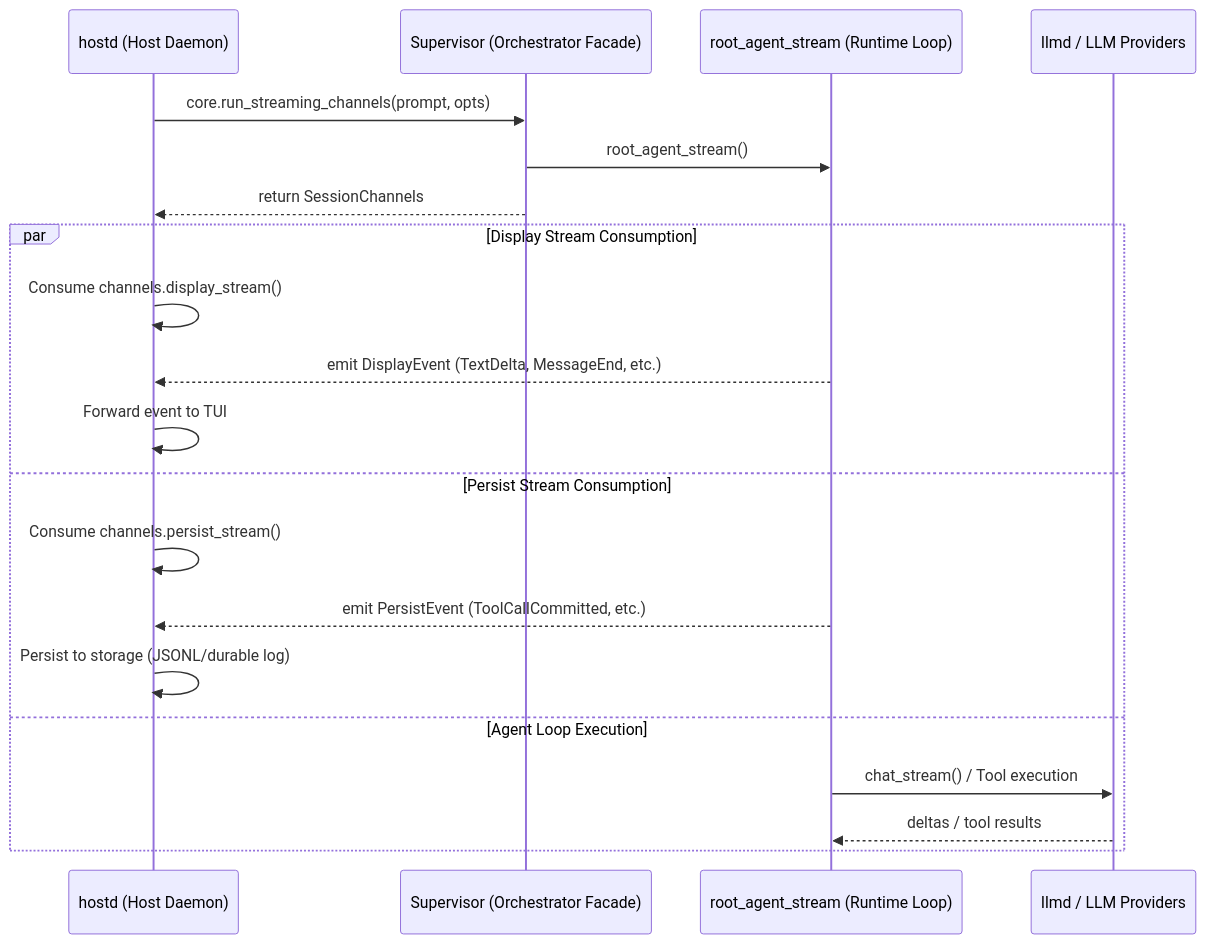
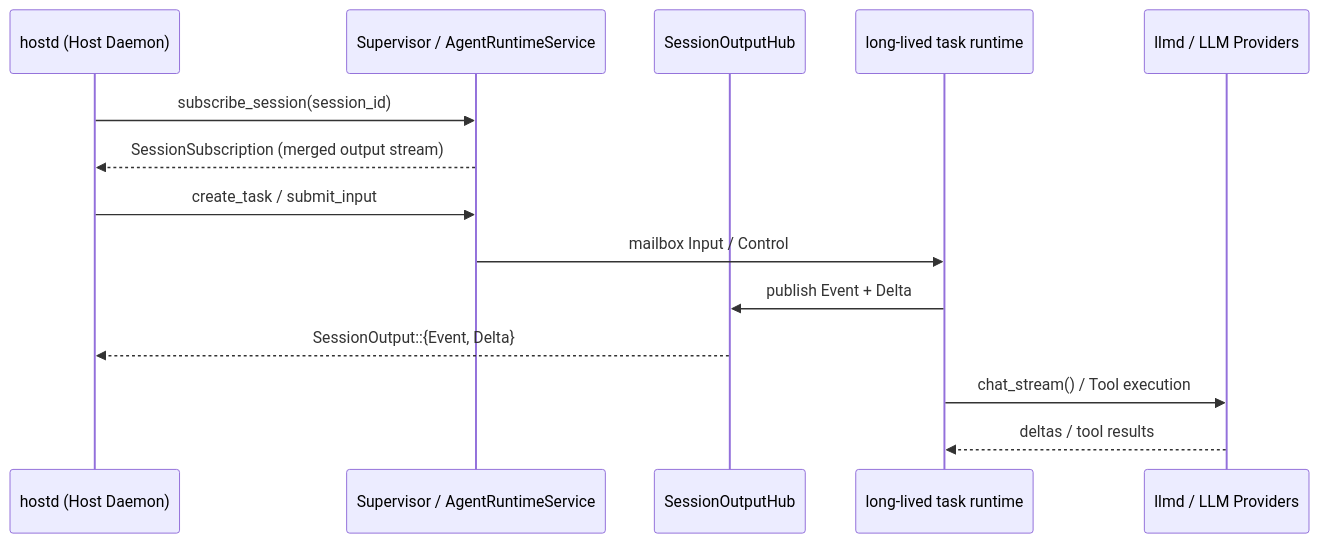
The diagram in packages/orchd/docs/host-interface.md (biuld/piko), drawn with Mermaid before and after one commit. The commit also changed other lines of this file and 50 other files, not shown here.

First line of the commit message:
Remove legacy SessionChannels and migrate hostd to session subscriptions.

````diff
--- a/packages/orchd/docs/host-interface.md
+++ b/packages/orchd/docs/host-interface.md
@@ -10,24 +10,17 @@
 ```mermaid
 sequenceDiagram
     participant Host as hostd (Host Daemon)
-    participant Core as Supervisor (Orchestrator Facade)
-    participant Stream as root_agent_stream (Runtime Loop)
+    participant Core as Supervisor / AgentRuntimeService
+    participant Hub as SessionOutputHub
+    participant Task as long-lived task runtime
     participant LLM as llmd / LLM Providers
 
-    Host->>Core: core.run_streaming_channels(prompt, opts)
-    Core->>Stream: root_agent_stream()
-    Core-->>Host: return SessionChannels
-    
-    par Display Stream Consumption
-        Host->>Host: Consume channels.display_stream()
-        Stream-->>Host: emit DisplayEvent (TextDelta, MessageEnd, etc.)
-        Host->>Host: Forward event to TUI
-    and Persist Stream Consumption
-        Host->>Host: Consume channels.persist_stream()
-        Stream-->>Host: emit PersistEvent (ToolCallCommitted, etc.)
-        Host->>Host: Persist to storage (JSONL/durable log)
-    and Agent Loop Execution
-        Stream->>LLM: chat_stream() / Tool execution
-        LLM-->>Stream: deltas / tool results
-    end
+    Host->>Core: subscribe_session(session_id)
+    Core-->>Host: SessionSubscription (merged output stream)
+    Host->>Core: create_task / submit_input
+    Core->>Task: mailbox Input / Control
+    Task->>Hub: publish Event + Delta
+    Hub-->>Host: SessionOutput::{Event, Delta}
+    Task->>LLM: chat_stream() / Tool execution
+    LLM-->>Task: deltas / tool results
 ```
````
